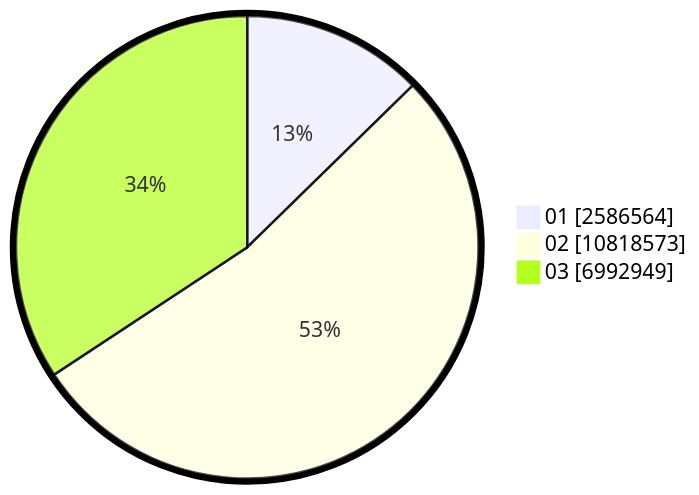
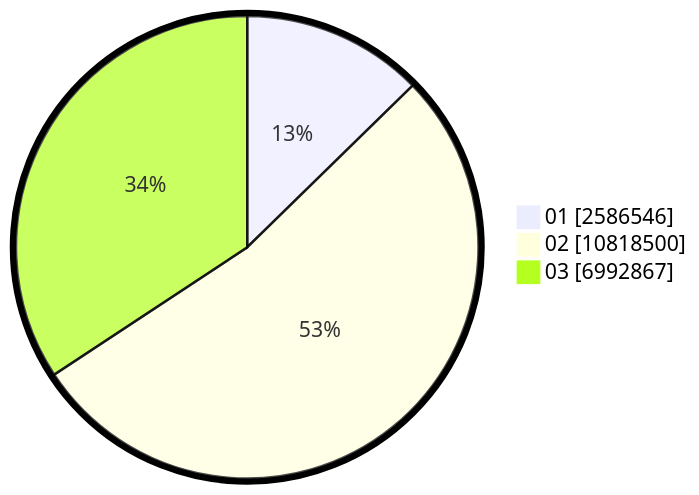
One commit to gigit-pemilu/pemilu-2024 changed the second of 2 diagrams in pilpres/hitung-suara/sub/table-wilayah-33.md. Above: the diagram before and after it, drawn with Mermaid. The commit also changed other lines of this file and 8 other files, not shown here.

````diff
--- a/pilpres/hitung-suara/sub/table-wilayah-33.md
+++ b/pilpres/hitung-suara/sub/table-wilayah-33.md
@@ -15,7 +15,7 @@
 ```mermaid
 %%{init: {"pie": {"textPosition": 0.5}, "themeVariables": {"pieOuterStrokeWidth": "5px"}} }%%
 pie showData
-    "01" : 2586564
-    "02" : 10818573
-    "03" : 6992949
+    "01" : 2586546
+    "02" : 10818500
+    "03" : 6992867
 ```
````
